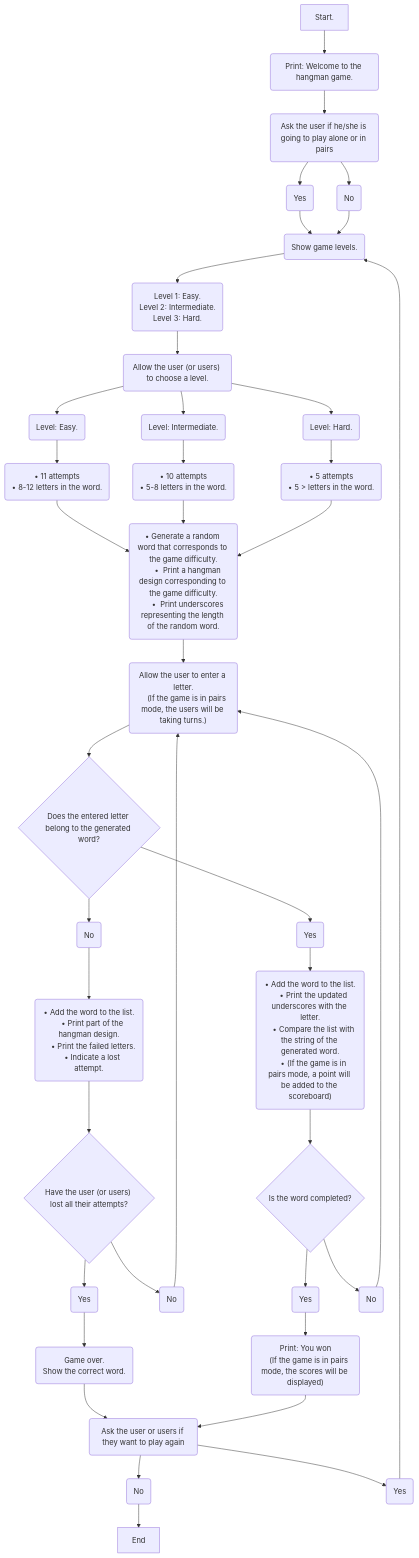
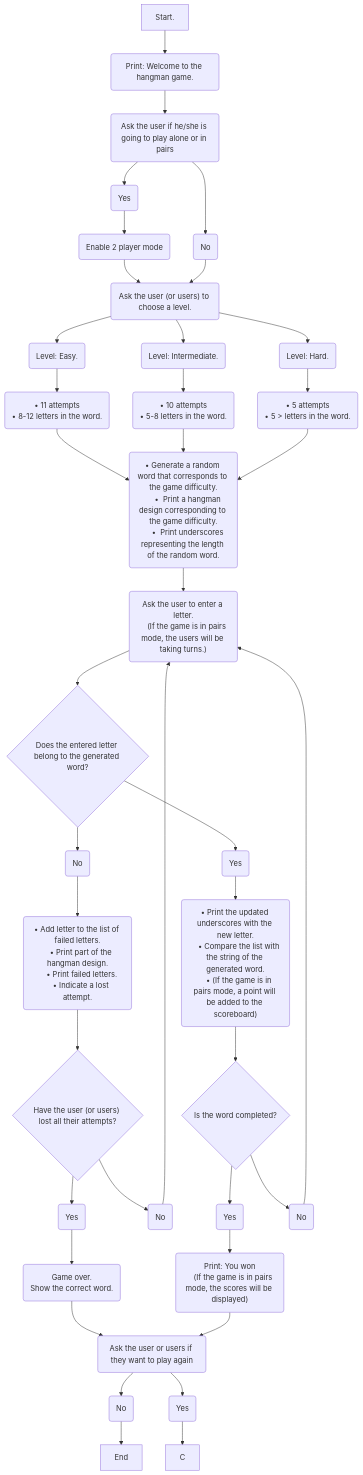
The diagram in README.md (JanaRubiano/Hangman_Game), drawn with Mermaid before and after one commit.

````diff
--- a/README.md
+++ b/README.md
@@ -40,54 +40,51 @@
 ```mermaid
 flowchart TD
     A[Start.] -->B(Print: Welcome to the hangman game.) 
     -->y(Ask the user if he/she is going to play alone or in pairs)
-    y -->e(Yes) --> C
+    y -->e(Yes) --> ex(Enable 2 player mode) --> E
     y --> r(No)
-    -->C(Show game levels.)
-    --> D("Level 1: Easy.
-    Level 2: Intermediate.
-    Level 3: Hard.")
-    --> E("Allow the user (or users) to choose a level.
+    
+    --> E("Ask the user (or users) to choose a level.
     ")
     E --> F(Level: Easy.) --> I(" • 11 attempts
     • 8-12 letters in the word.
     ") -->L
     E --> G(Level: Intermediate.) --> J(" •  10 attempts
     • 5-8 letters in the word.
     ") -->L
     E --> H(Level: Hard.) --> K(" •  5 attempts
     •  5 > letters in the word.
     ") 
     --> L(" • Generate a random word that corresponds to the game difficulty.
      •  Print a hangman design corresponding to the game difficulty.
      •  Print underscores representing the length of the random word.
     ") 
-    --> W("Allow the user to enter a letter.
+    --> W("Ask the user to enter a letter.
     (If the game is in pairs mode, the users will be taking turns.)
     ")
     --> R{Does the entered letter belong to the generated word?}
-    R -->n(No) --> q("• Add the word to the list.
+    R -->n(No) --> q("• Add letter to the list of failed letters.
     • Print part of the hangman design.
-    • Print the failed letters.
+    • Print failed letters.
     • Indicate a lost attempt.
     ") -->u{"Have the user (or users) lost all their attempts?
     "}
     u -->o(Yes) -->S("Game over. 
     Show the correct word. 
     ") --> P
     u--> t(No) --> W
     
-    R -->Y(Yes) --> T(" • Add the word to the list.
-    • Print the updated underscores with the letter.
+    R -->Y(Yes) --> T("
+    • Print the updated underscores with the new letter.
     • Compare the list with the string of the generated word.
     • (If the game is in pairs mode, a point will be added to the scoreboard)
     ") -->U{Is the word completed?} 
     U -->O(Yes) --> k("Print: You won
     (If the game is in pairs mode, the scores will be displayed)
     ")
     --> P(Ask the user or users if they want to play again)
     P --> b(No) --> w[End]
     P--> a(Yes) -->C
     U --> i(No) -->W
    
 ```
````
